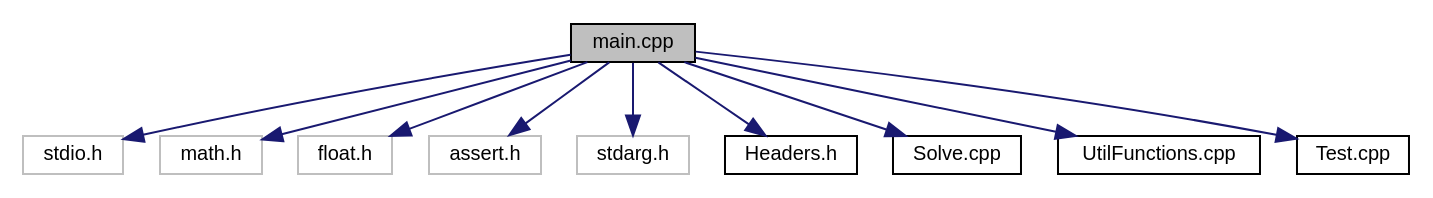
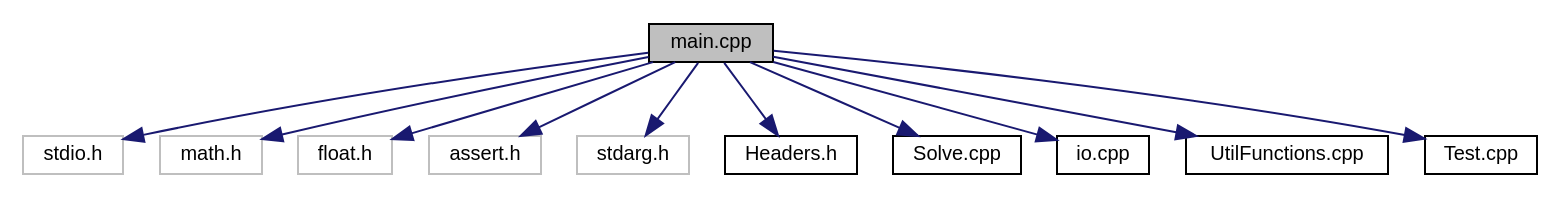
One commit to dainbow/quadro changed the diagram in docs/main_8cpp__incl.dot. Above: the diagram before and after it, drawn with Graphviz. The commit also changed 27 other files, not shown here.

```diff
--- a/docs/main_8cpp__incl.dot
+++ b/docs/main_8cpp__incl.dot
@@ -1,25 +1,27 @@
 digraph "main.cpp"
 {
  // LATEX_PDF_SIZE
   edge [fontname="Helvetica",fontsize="10",labelfontname="Helvetica",labelfontsize="10"];
   node [fontname="Helvetica",fontsize="10",shape=record];
   Node1 [label="main.cpp",height=0.2,width=0.4,color="black", fillcolor="grey75", style="filled", fontcolor="black",tooltip=" "];
   Node1 -> Node2 [color="midnightblue",fontsize="10",style="solid",fontname="Helvetica"];
   Node2 [label="stdio.h",height=0.2,width=0.4,color="grey75", fillcolor="white", style="filled",tooltip=" "];
   Node1 -> Node3 [color="midnightblue",fontsize="10",style="solid",fontname="Helvetica"];
   Node3 [label="math.h",height=0.2,width=0.4,color="grey75", fillcolor="white", style="filled",tooltip=" "];
   Node1 -> Node4 [color="midnightblue",fontsize="10",style="solid",fontname="Helvetica"];
   Node4 [label="float.h",height=0.2,width=0.4,color="grey75", fillcolor="white", style="filled",tooltip=" "];
   Node1 -> Node5 [color="midnightblue",fontsize="10",style="solid",fontname="Helvetica"];
   Node5 [label="assert.h",height=0.2,width=0.4,color="grey75", fillcolor="white", style="filled",tooltip=" "];
   Node1 -> Node6 [color="midnightblue",fontsize="10",style="solid",fontname="Helvetica"];
   Node6 [label="stdarg.h",height=0.2,width=0.4,color="grey75", fillcolor="white", style="filled",tooltip=" "];
   Node1 -> Node7 [color="midnightblue",fontsize="10",style="solid",fontname="Helvetica"];
   Node7 [label="Headers.h",height=0.2,width=0.4,color="black", fillcolor="white", style="filled",URL="$_headers_8h.html",tooltip=" "];
   Node1 -> Node8 [color="midnightblue",fontsize="10",style="solid",fontname="Helvetica"];
   Node8 [label="Solve.cpp",height=0.2,width=0.4,color="black", fillcolor="white", style="filled",URL="$_solve_8cpp.html",tooltip=" "];
   Node1 -> Node9 [color="midnightblue",fontsize="10",style="solid",fontname="Helvetica"];
-  Node9 [label="UtilFunctions.cpp",height=0.2,width=0.4,color="black", fillcolor="white", style="filled",URL="$_util_functions_8cpp.html",tooltip=" "];
+  Node9 [label="io.cpp",height=0.2,width=0.4,color="black", fillcolor="white", style="filled",URL="$io_8cpp.html",tooltip=" "];
   Node1 -> Node10 [color="midnightblue",fontsize="10",style="solid",fontname="Helvetica"];
-  Node10 [label="Test.cpp",height=0.2,width=0.4,color="black", fillcolor="white", style="filled",URL="$_test_8cpp.html",tooltip=" "];
+  Node10 [label="UtilFunctions.cpp",height=0.2,width=0.4,color="black", fillcolor="white", style="filled",URL="$_util_functions_8cpp.html",tooltip=" "];
+  Node1 -> Node11 [color="midnightblue",fontsize="10",style="solid",fontname="Helvetica"];
+  Node11 [label="Test.cpp",height=0.2,width=0.4,color="black", fillcolor="white", style="filled",URL="$_test_8cpp.html",tooltip=" "];
 }
```
